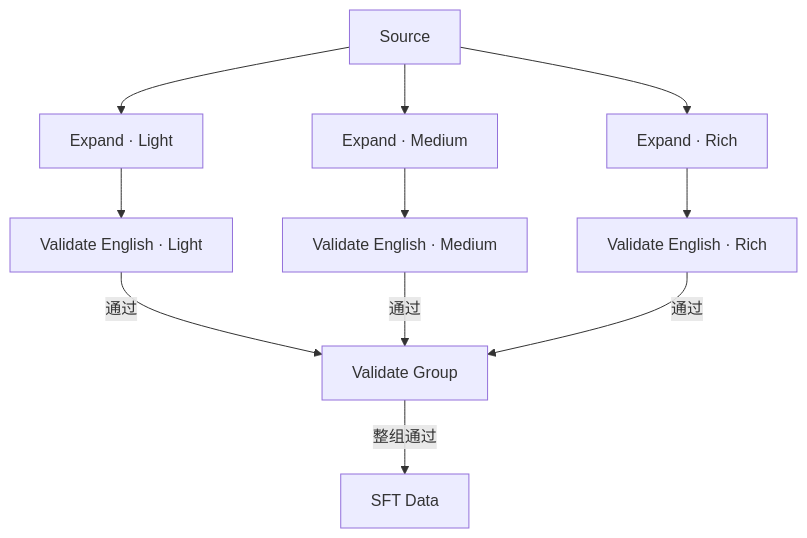
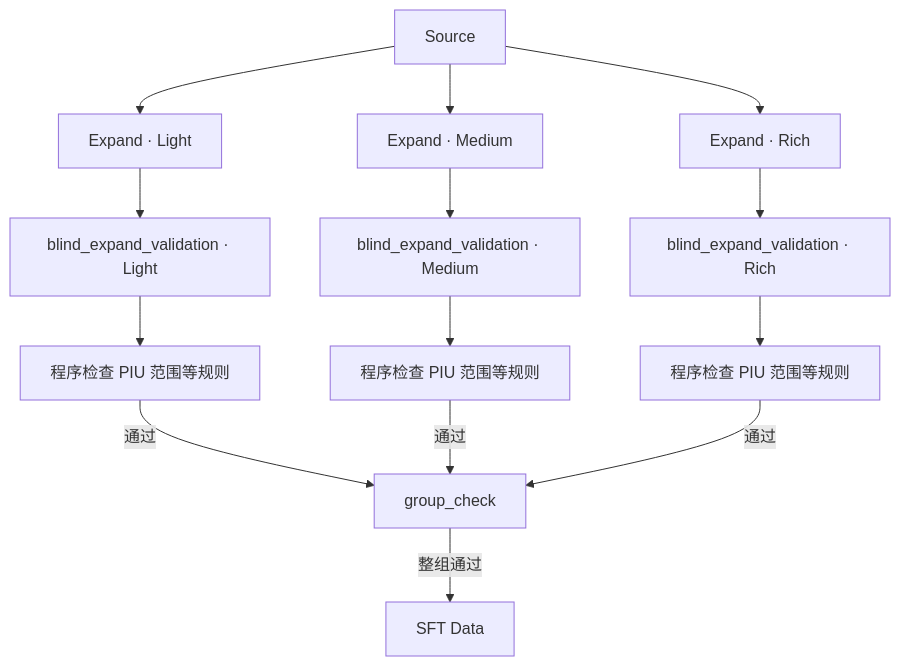
The second of 2 diagrams in README.md (ChenYizhu97/PairData), drawn with Mermaid before and after one commit. The commit also changed other lines of this file and 26 other files, not shown here.

Commit message:
Refactor expansion with blind validation and fixed PIU targets

````diff
--- a/README.md
+++ b/README.md
@@ -44,13 +44,16 @@
 ```mermaid
 flowchart TD
     S[Source] --> L[Expand · Light]
     S --> M[Expand · Medium]
     S --> R[Expand · Rich]
-    L --> LV[Validate English · Light]
-    M --> MV[Validate English · Medium]
-    R --> RV[Validate English · Rich]
-    LV -->|通过| G[Validate Group]
-    MV -->|通过| G
-    RV -->|通过| G
+    L --> LV[blind_expand_validation · Light]
+    M --> MV[blind_expand_validation · Medium]
+    R --> RV[blind_expand_validation · Rich]
+    LV --> LC[程序检查 PIU 范围等规则]
+    MV --> MC[程序检查 PIU 范围等规则]
+    RV --> RC[程序检查 PIU 范围等规则]
+    LC -->|通过| G[group_check]
+    MC -->|通过| G
+    RC -->|通过| G
     G -->|整组通过| D[SFT Data]
 ```
````
